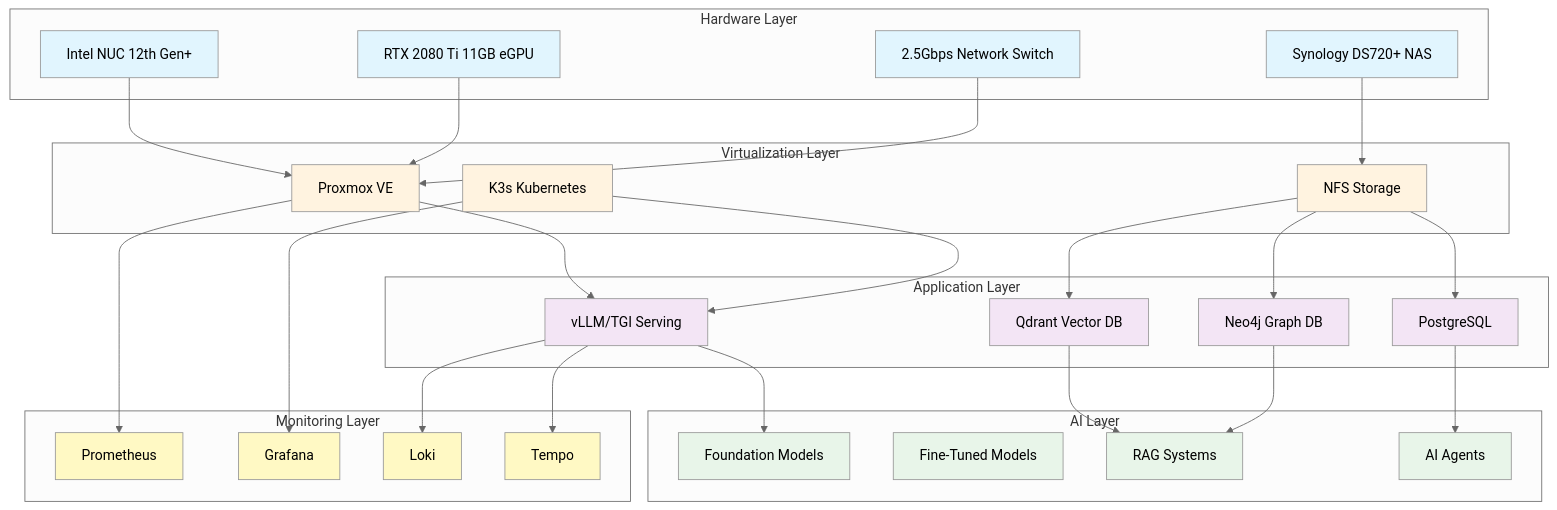
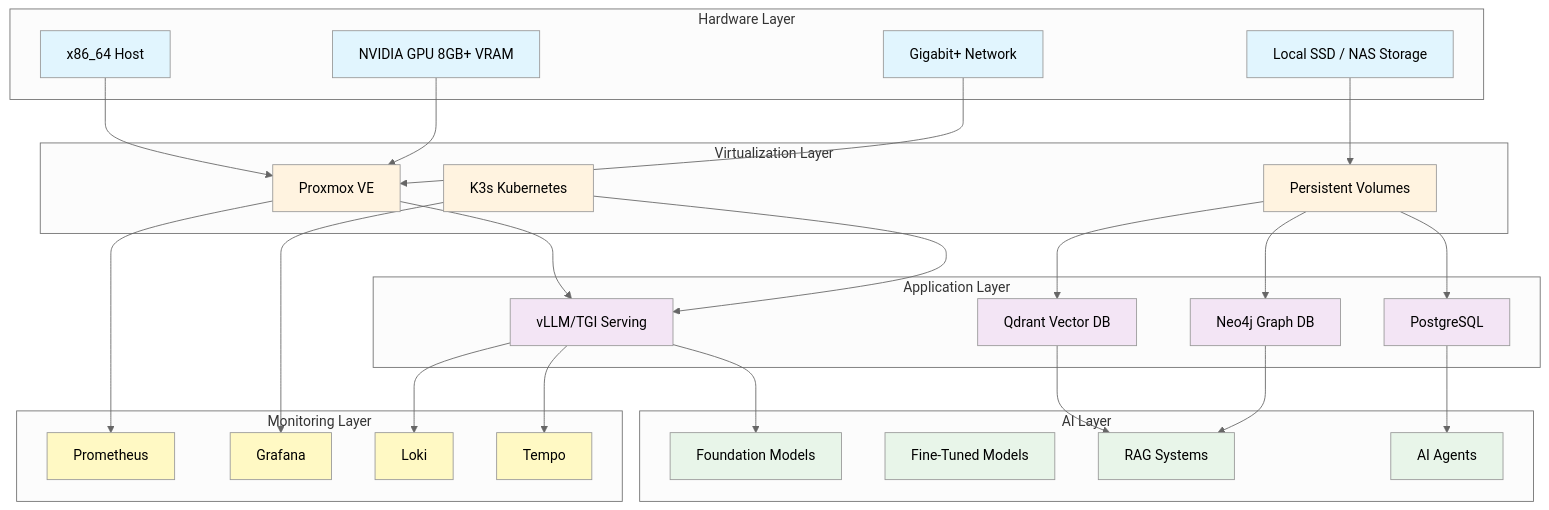
The second of 4 diagrams in README.md (minderhq/academy), drawn with Mermaid (neutral theme) before and after one commit. The commit also changed other lines of this file and 85 other files, not shown here.

````diff
--- a/README.md
+++ b/README.md
@@ -199,77 +193,77 @@
 ```mermaid
 graph TB
     subgraph "Hardware Layer"
-        H1[Intel NUC 12th Gen+]
-        H2[RTX 2080 Ti 11GB eGPU]
-        H3[Synology DS720+ NAS]
-        H4[2.5Gbps Network Switch]
+        H1[x86_64 Host]
+        H2[NVIDIA GPU 8GB+ VRAM]
+        H3[Local SSD / NAS Storage]
+        H4[Gigabit+ Network]
     end
 
     subgraph "Virtualization Layer"
         V1[Proxmox VE]
         V2[K3s Kubernetes]
-        V3[NFS Storage]
+        V3[Persistent Volumes]
     end
 
     subgraph "Application Layer"
         A1[vLLM/TGI Serving]
         A2[Qdrant Vector DB]
         A3[Neo4j Graph DB]
         A4[PostgreSQL]
     end
 
     subgraph "AI Layer"
         AI1[Foundation Models]
         AI2[Fine-Tuned Models]
         AI3[RAG Systems]
         AI4[AI Agents]
     end
 
     subgraph "Monitoring Layer"
         M1[Prometheus]
         M2[Grafana]
         M3[Loki]
         M4[Tempo]
     end
 
     H1 --> V1
     H2 --> V1
     H3 --> V3
     H4 --> V1
 
     V1 --> A1
     V2 --> A1
     V3 --> A2
     V3 --> A3
     V3 --> A4
 
     A1 --> AI1
     A2 --> AI3
     A3 --> AI3
     A4 --> AI4
 
     V1 --> M1
     V2 --> M2
     A1 --> M3
     A1 --> M4
 
     style H1 fill:#e1f5fe
     style H2 fill:#e1f5fe
     style H3 fill:#e1f5fe
     style H4 fill:#e1f5fe
     style V1 fill:#fff3e0
     style V2 fill:#fff3e0
     style V3 fill:#fff3e0
     style A1 fill:#f3e5f5
     style A2 fill:#f3e5f5
     style A3 fill:#f3e5f5
     style A4 fill:#f3e5f5
     style AI1 fill:#e8f5e9
     style AI2 fill:#e8f5e9
     style AI3 fill:#e8f5e9
     style AI4 fill:#e8f5e9
     style M1 fill:#fff9c4
     style M2 fill:#fff9c4
     style M3 fill:#fff9c4
     style M4 fill:#fff9c4
 ```
````
